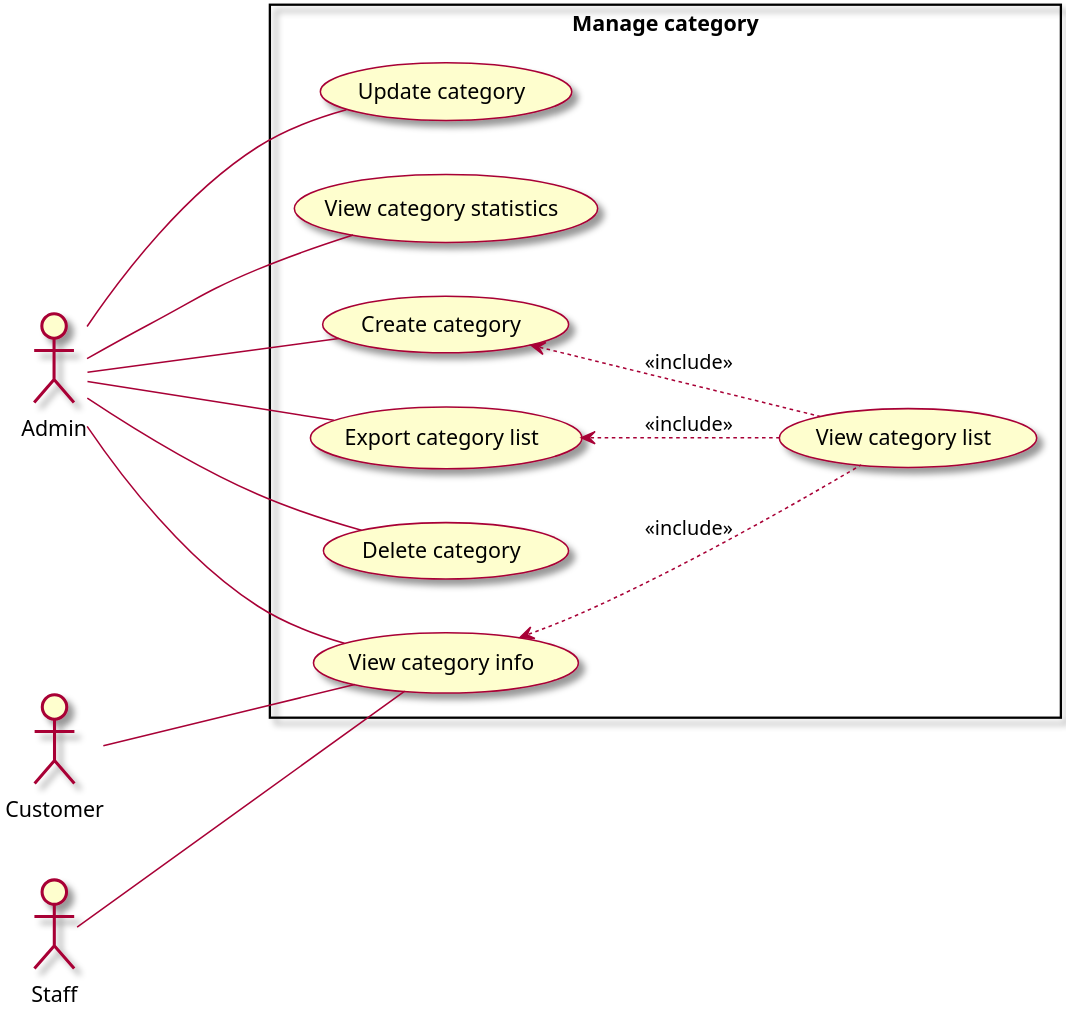
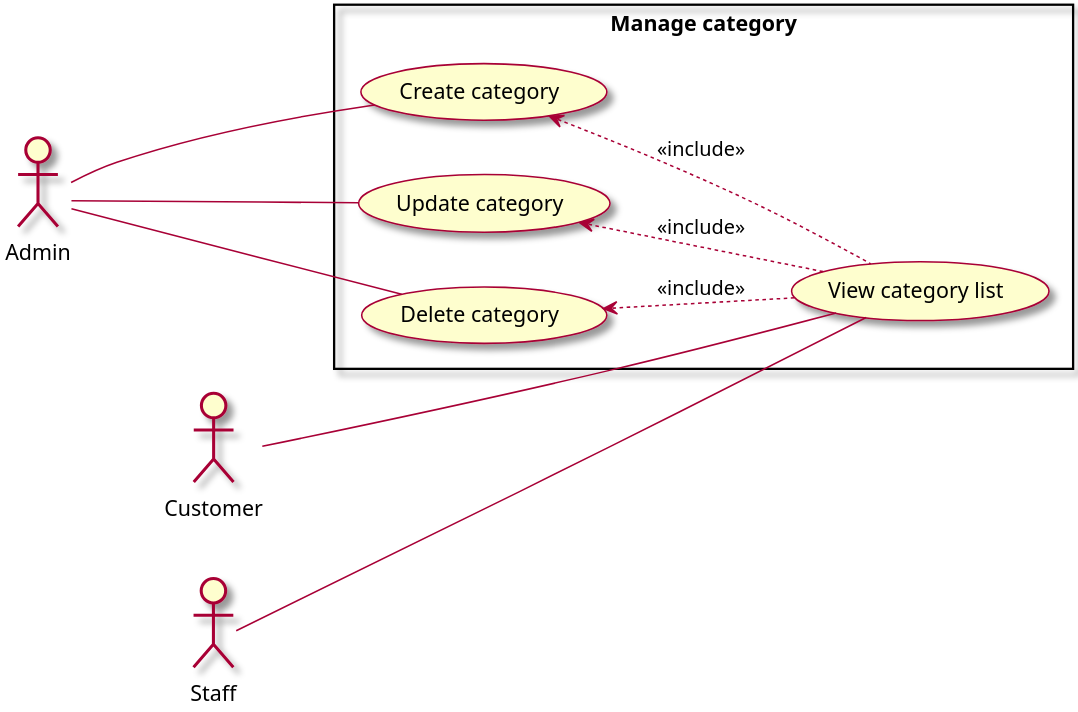
The diagram in Usecase/3. ManageCategory.puml (Marowota/ecommerce-plantuml), drawn with PlantUML before and after one commit. The commit also changed 10 other files, not shown here.

```diff
--- a/Usecase/3. ManageCategory.puml
+++ b/Usecase/3. ManageCategory.puml
@@ -1,36 +1,30 @@
 @startuml ManageCategory
 
 left to right direction
 scale 3
 skin rose
 
 actor Admin as admin
 actor Customer as customer
 actor Staff as staff
 
 rectangle "Manage category" {
     usecase (Create category) as tdm
     usecase (View category list) as xdsdm
-    usecase (View category info) as xttdm
-    usecase (Export category list) as xudsdm
+    usecase (Update category) as sttdm
     usecase (Delete category) as xodm
-    usecase (Update category) as sttdm
-    usecase (View category statistics) as xtk
 }
 
 admin --- tdm   
-admin --- xttdm
-admin --- xudsdm
 admin --- xodm
 admin --- sttdm
-admin --- xtk
 
-customer --- xttdm
+customer --- xdsdm
 
-staff --- xttdm
+staff --- xdsdm
 
 tdm <.. xdsdm : <<include>>
-xttdm <.. xdsdm : <<include>>
-xudsdm <.. xdsdm : <<include>>
+sttdm <.. xdsdm : <<include>>
+xodm <.. xdsdm : <<include>>
 
 @enduml
```
